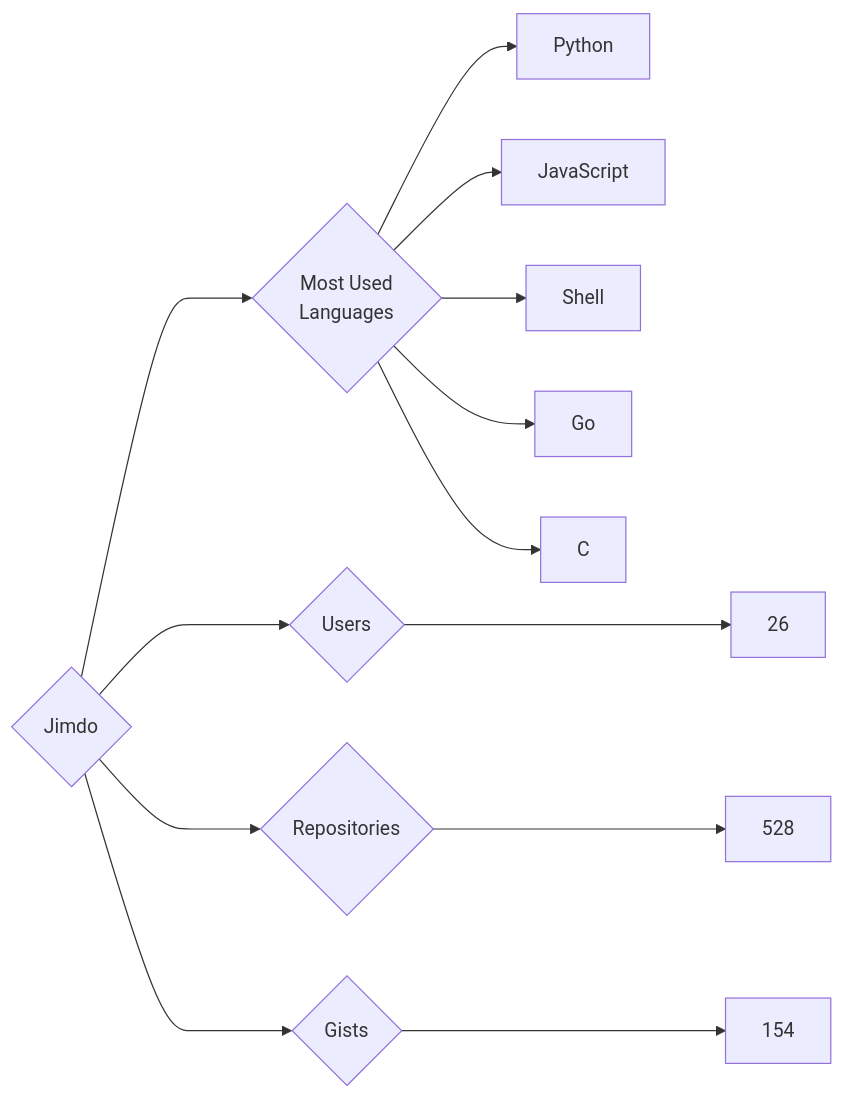
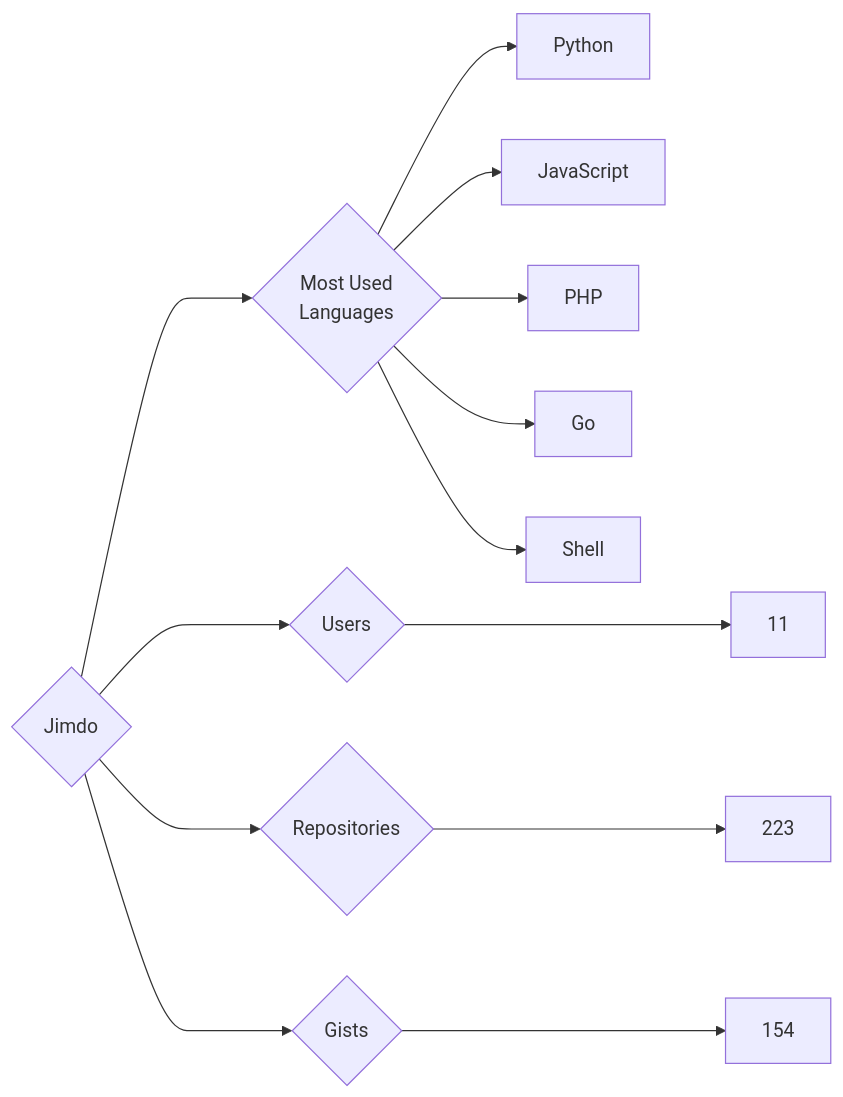
Before and after one commit to trickest/insiders: the diagram in targets/Jimdo/README.md, drawn with Mermaid. The commit also changed 440 other files, not shown here.

````diff
--- a/targets/Jimdo/README.md
+++ b/targets/Jimdo/README.md
@@ -3,13 +3,13 @@
 ```mermaid
 graph LR
 COMPANY_NAME{Jimdo}
-COMPANY_NAME ---> U{Users} ---> UN[26]
-COMPANY_NAME ---> R{Repositories} ---> RN[528]
+COMPANY_NAME ---> U{Users} ---> UN[11]
+COMPANY_NAME ---> R{Repositories} ---> RN[223]
 COMPANY_NAME ---> G{Gists} ---> GN[154]
 COMPANY_NAME ---> ML{Most Used<br>Languages}
 ML --> Python[Python]
 ML --> JavaScript[JavaScript]
+ML --> PHP[PHP]
+ML --> Go[Go]
 ML --> Shell[Shell]
-ML --> Go[Go]
-ML --> C[C]
 ```
````
